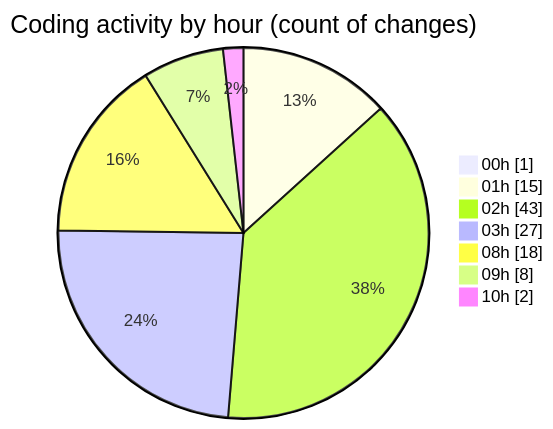
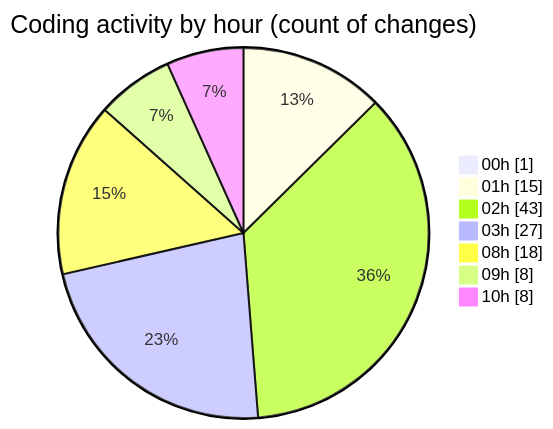
The second of 2 diagrams in 2025-05-01/niten/README.md (Elitesun/code-tracking), drawn with Mermaid before and after one commit. The commit also changed other lines of this file and 1 other file, not shown here.

````diff
--- a/2025-05-01/niten/README.md
+++ b/2025-05-01/niten/README.md
@@ -62,11 +62,11 @@
 ```mermaid
 pie showData
 title Coding activity by hour (count of changes)
 "00h" : 1
 "01h" : 15
 "02h" : 43
 "03h" : 27
 "08h" : 18
 "09h" : 8
-"10h" : 2
+"10h" : 8
 ```
````
